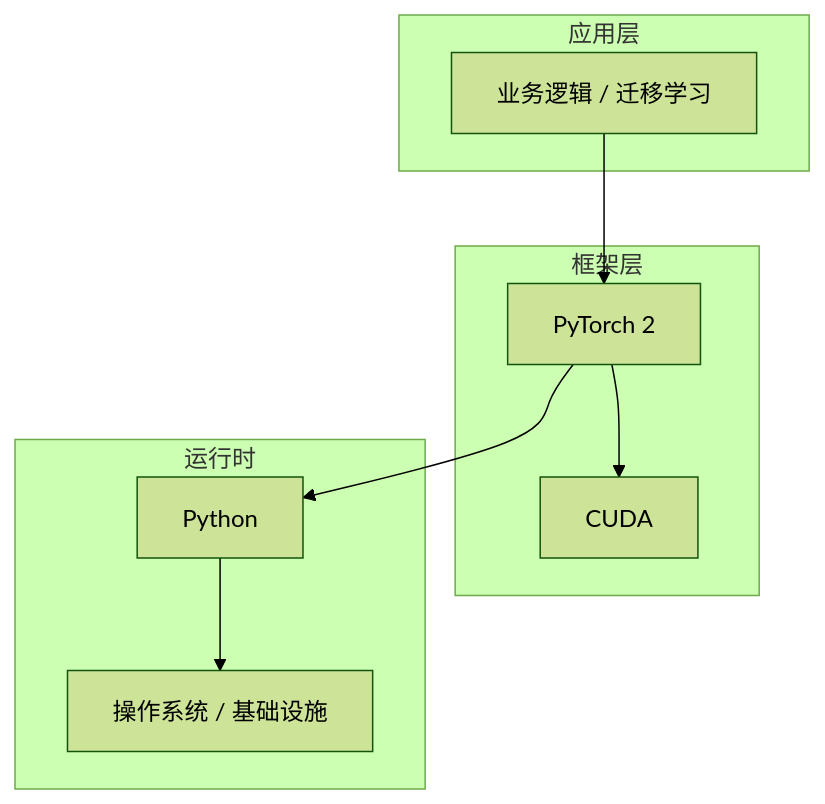
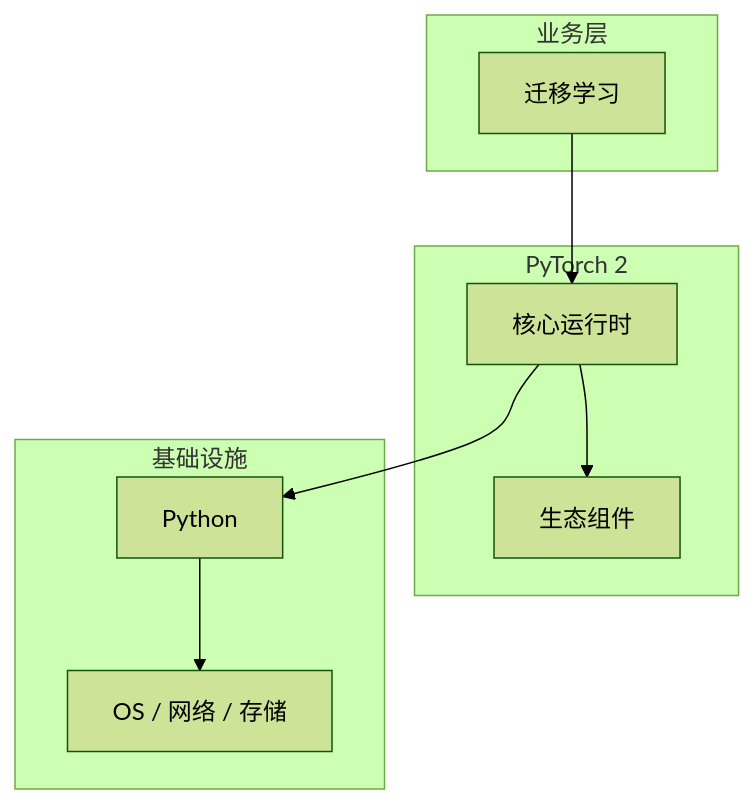
Before and after one commit to yanggan2015/knowledge-json-v2: the diagram in articles/深度学习/chapters/085-迁移学习核心概念与原理.md, drawn with Mermaid (forest theme). The commit also changed other lines of this file and 10127 other files, not shown here.

````diff
--- a/articles/深度学习/chapters/085-迁移学习核心概念与原理.md
+++ b/articles/深度学习/chapters/085-迁移学习核心概念与原理.md
@@ -45,18 +30,18 @@
 ```mermaid
 graph TB
-    subgraph 应用层
-        A[业务逻辑 / 迁移学习]
+    subgraph 业务层
+        A[迁移学习]
     end
-    subgraph 框架层
-        B[PyTorch 2]
-        C[CUDA]
+    subgraph PyTorch 2
+        B[核心运行时]
+        C[生态组件]
     end
-    subgraph 运行时
+    subgraph 基础设施
         D[Python]
-        E[操作系统 / 基础设施]
+        E[OS / 网络 / 存储]
     end
     A --> B
     B --> C
     B --> D
     D --> E
 ```
````
